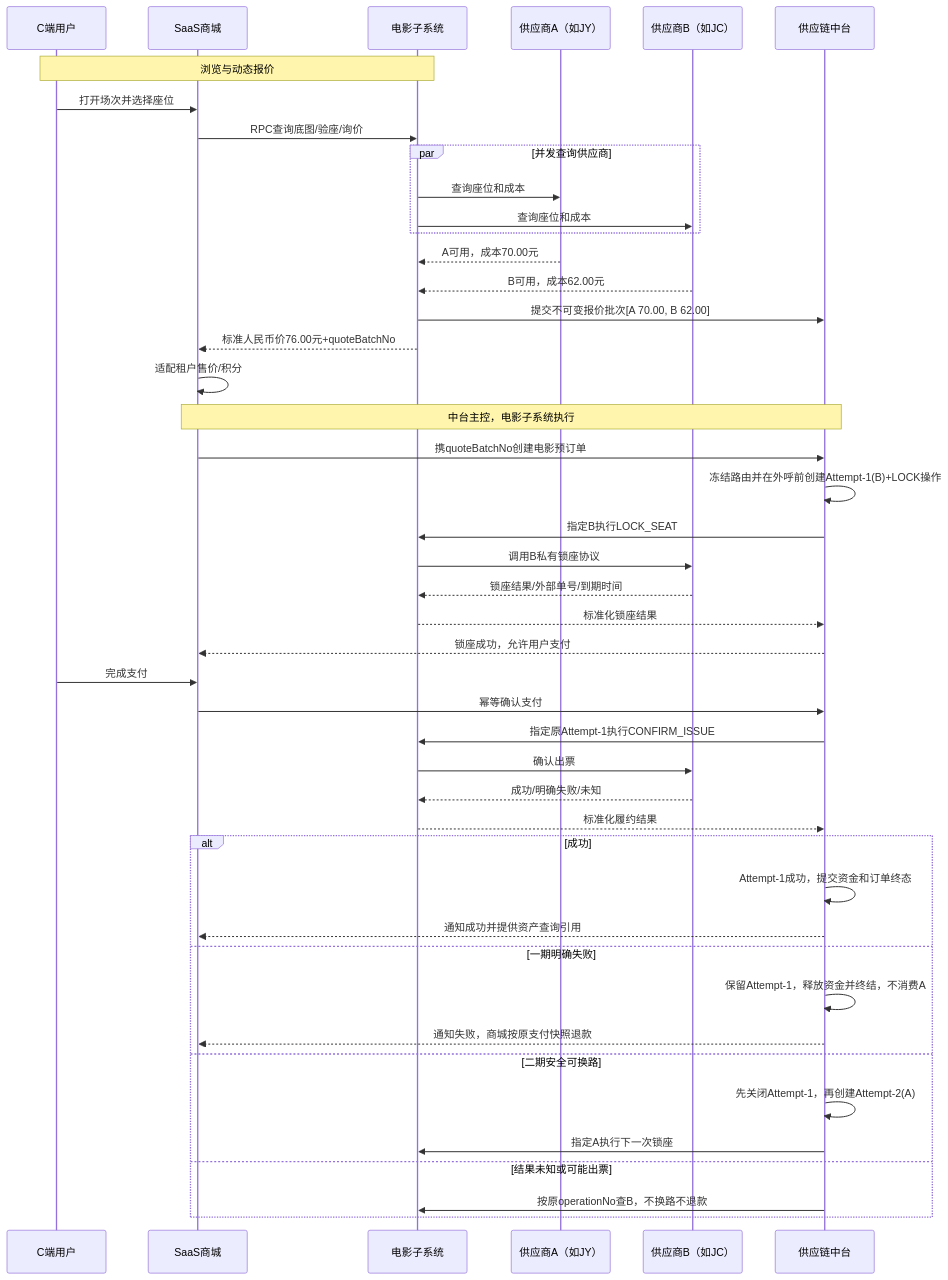
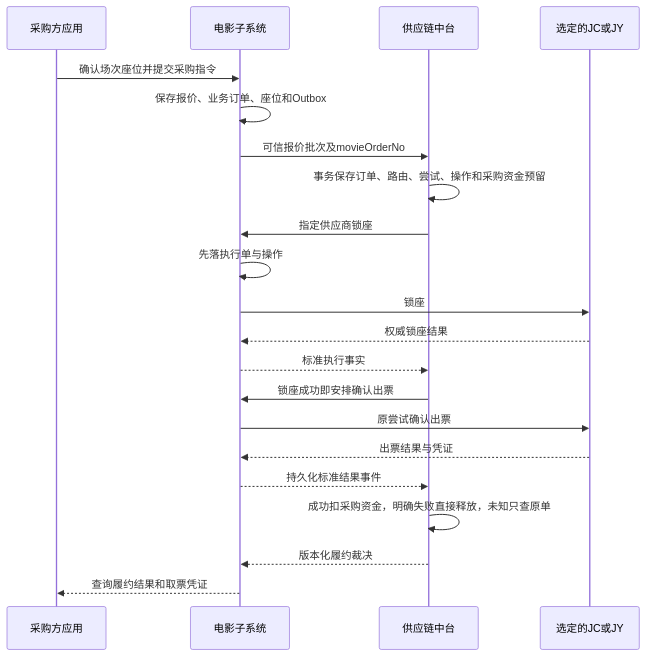
One commit to zwye1986/supply-hub changed the ninth of 14 diagrams in docs/供应链中台多场景概要设计.md. Above: the diagram before and after it, drawn with Mermaid. The commit also changed other lines of this file and 22 other files, not shown here.

````diff
--- a/docs/供应链中台多场景概要设计.md
+++ b/docs/供应链中台多场景概要设计.md
@@ -308,49 +289,23 @@
 ```mermaid
 sequenceDiagram
-    participant U as C端用户
-    participant Mall as SaaS商城
+    participant App as 采购方应用
     participant Movie as 电影子系统
-    participant SA as 供应商A（如JY）
-    participant SB as 供应商B（如JC）
     participant SC as 供应链中台
-
-    Note over U,Movie: 浏览与动态报价
-    U->>Mall: 打开场次并选择座位
-    Mall->>Movie: RPC查询底图/验座/询价
-    par 并发查询供应商
-        Movie->>SA: 查询座位和成本
-        Movie->>SB: 查询座位和成本
-    end
-    SA-->>Movie: A可用，成本70.00元
-    SB-->>Movie: B可用，成本62.00元
-    Movie->>SC: 提交不可变报价批次[A 70.00, B 62.00]
-    Movie-->>Mall: 标准人民币价76.00元+quoteBatchNo
-    Mall->>Mall: 适配租户售价/积分
-
-    Note over Mall,SC: 中台主控，电影子系统执行
-    Mall->>SC: 携quoteBatchNo创建电影预订单
-    SC->>SC: 冻结路由并在外呼前创建Attempt-1(B)+LOCK操作
-    SC->>Movie: 指定B执行LOCK_SEAT
-    Movie->>SB: 调用B私有锁座协议
-    SB-->>Movie: 锁座结果/外部单号/到期时间
-    Movie-->>SC: 标准化锁座结果
-    SC-->>Mall: 锁座成功，允许用户支付
-    U->>Mall: 完成支付
-    Mall->>SC: 幂等确认支付
-    SC->>Movie: 指定原Attempt-1执行CONFIRM_ISSUE
-    Movie->>SB: 确认出票
-    SB-->>Movie: 成功/明确失败/未知
-    Movie-->>SC: 标准化履约结果
-    alt 成功
-        SC->>SC: Attempt-1成功，提交资金和订单终态
-        SC-->>Mall: 通知成功并提供资产查询引用
-    else 一期明确失败
-        SC->>SC: 保留Attempt-1，释放资金并终结，不消费A
-        SC-->>Mall: 通知失败，商城按原支付快照退款
-    else 二期安全可换路
-        SC->>SC: 先关闭Attempt-1，再创建Attempt-2(A)
-        SC->>Movie: 指定A执行下一次锁座
-    else 结果未知或可能出票
-        SC->>Movie: 按原operationNo查B，不换路不退款
-    end
+    participant Supplier as 选定的JC或JY
+    App->>Movie: 确认场次座位并提交采购指令
+    Movie->>Movie: 保存报价、业务订单、座位和Outbox
+    Movie->>SC: 可信报价批次及movieOrderNo
+    SC->>SC: 事务保存订单、路由、尝试、操作和采购资金预留
+    SC->>Movie: 指定供应商锁座
+    Movie->>Movie: 先落执行单与操作
+    Movie->>Supplier: 锁座
+    Supplier-->>Movie: 权威锁座结果
+    Movie-->>SC: 标准执行事实
+    SC->>Movie: 锁座成功即安排确认出票
+    Movie->>Supplier: 原尝试确认出票
+    Supplier-->>Movie: 出票结果与凭证
+    Movie-->>SC: 持久化标准结果事件
+    SC->>SC: 成功扣采购资金，明确失败直接释放，未知只查原单
+    SC-->>Movie: 版本化履约裁决
+    Movie-->>App: 查询履约结果和取票凭证
 ```
````
